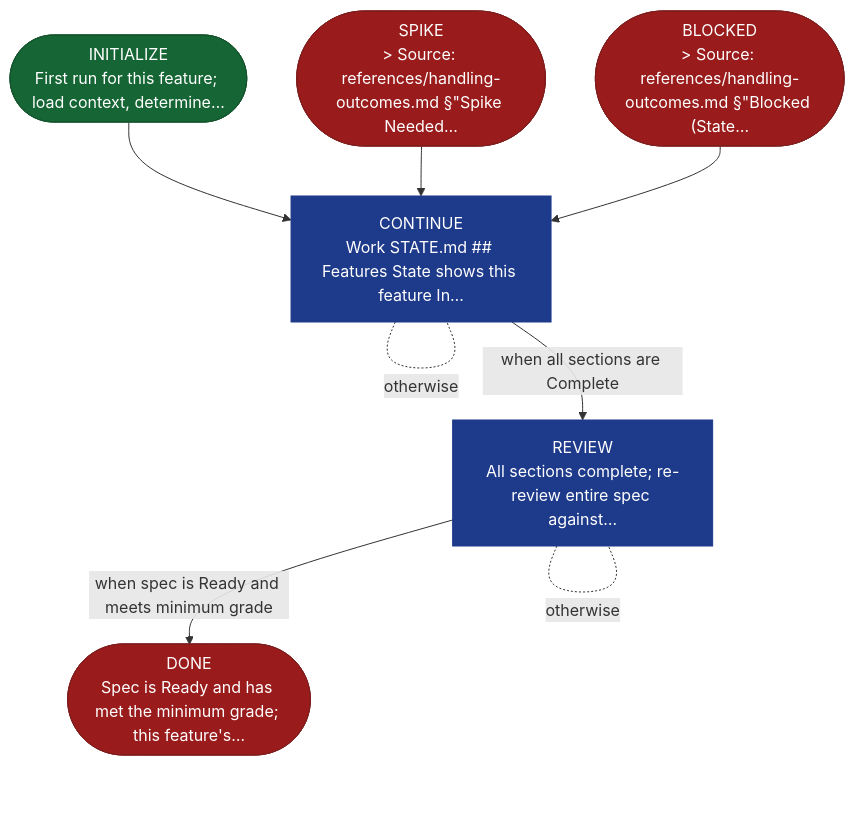
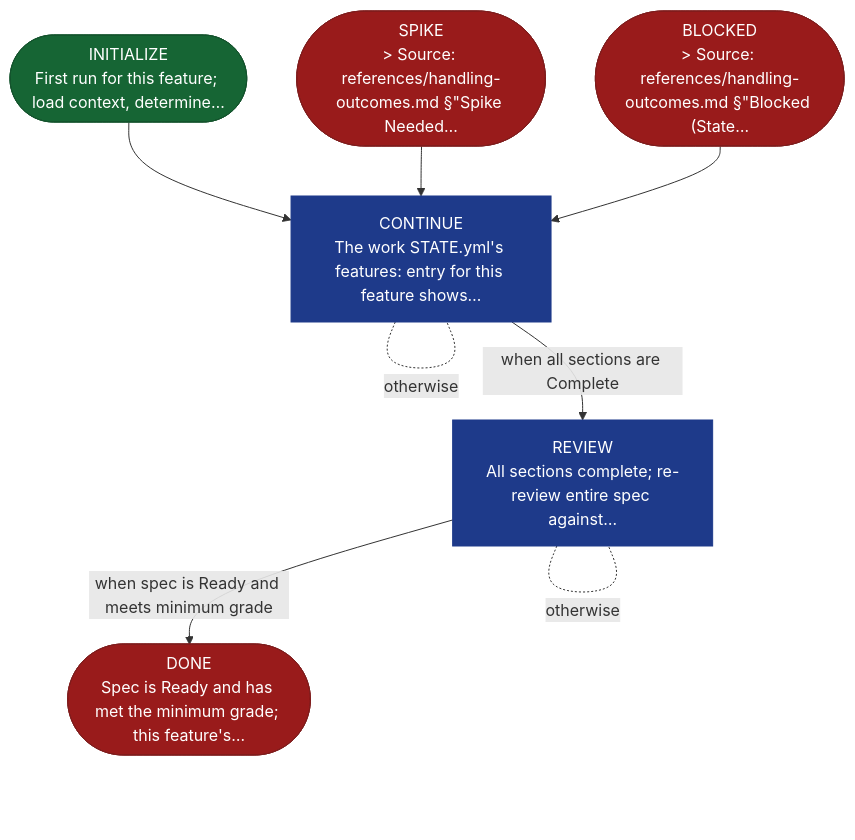
Before and after one commit to AndreVianna/aid-methodology: the diagram in site/src/content/docs/skills/aid-specify.md, drawn with Mermaid. The commit also changed other lines of this file and 22 other files, not shown here.

````diff
--- a/site/src/content/docs/skills/aid-specify.md
+++ b/site/src/content/docs/skills/aid-specify.md
@@ -20,34 +20,34 @@
 ```mermaid
 flowchart TB
   classDef aidNode color:#fff
   classDef aidEntry fill:#166534,stroke:#14532d,color:#fff
   classDef aidExit fill:#991b1b,stroke:#7f1d1d,color:#fff
   classDef aidDecision fill:#92400e,stroke:#78350f,color:#fff
   classDef aidLoopBack fill:#1e3a8a,stroke:#1e3a8a,color:#fff
   classDef aidStep fill:#1a2035,stroke:#d4a853,color:#f1f5f9
   n1(["INITIALIZE<br/>First run for this feature; load context, determine…"])
-  n2["CONTINUE<br/>Work STATE.md ## Features State shows this feature In…"]
+  n2["CONTINUE<br/>The work STATE.yml's features: entry for this feature shows…"]
   n3(["SPIKE<br/>&gt; Source: references/handling-outcomes.md §&quot;Spike Needed…"])
   n4(["BLOCKED<br/>&gt; Source: references/handling-outcomes.md §&quot;Blocked (State…"])
   n5["REVIEW<br/>All sections complete; re-review entire spec against…"]
   n6(["DONE<br/>Spec is Ready and has met the minimum grade; this feature's…"])
   n1 --> n2
   n2 -. "otherwise" .- n2
   n2 -->|"when all sections are Complete"| n5
   n3 --> n2
   n4 --> n2
   n5 -. "otherwise" .- n5
   n5 -->|"when spec is Ready and meets minimum grade"| n6
   class n1 aidEntry
   class n2 aidLoopBack
   class n3 aidExit
   class n4 aidExit
   class n5 aidLoopBack
   class n6 aidExit
   class n1 aidNode
   class n2 aidNode
   class n3 aidNode
   class n4 aidNode
   class n5 aidNode
   class n6 aidNode
 ```
````
